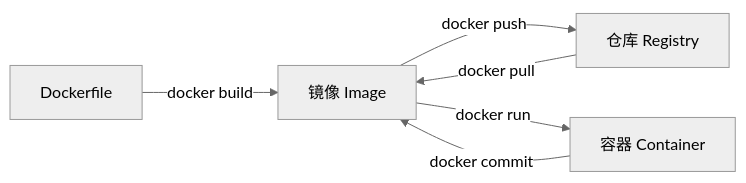
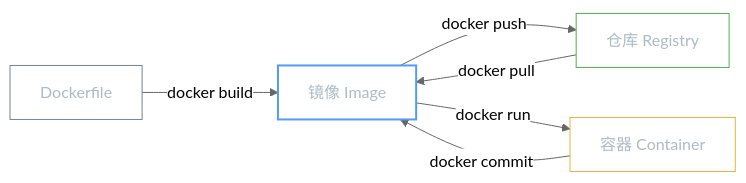
The third of 3 diagrams in docs/topic/docker/basics/index.md (luguosong/programming-notes), drawn with Mermaid (neutral theme) before and after one commit. The commit also changed other lines of this file and 8 other files, not shown here.

First line of the commit message:
style: Mermaid 浅/深色模式适配，更新 Docker/OAuth 文档，新增发音练习

````diff
--- a/docs/topic/docker/basics/index.md
+++ b/docs/topic/docker/basics/index.md
@@ -81,8 +91,16 @@
 ```mermaid
 graph LR
     A[Dockerfile] -->|docker build| B[镜像 Image]
     B -->|docker push| C[仓库 Registry]
     C -->|docker pull| B
     B -->|docker run| D[容器 Container]
     D -->|docker commit| B
+    classDef source fill:transparent,stroke:#768390,color:#adbac7,stroke-width:1px
+    classDef image fill:transparent,stroke:#539bf5,color:#adbac7,stroke-width:2px
+    classDef registry fill:transparent,stroke:#57ab5a,color:#adbac7,stroke-width:1px
+    classDef container fill:transparent,stroke:#e3b341,color:#adbac7,stroke-width:1px
+    class A source
+    class B image
+    class C registry
+    class D container
 ```
````
